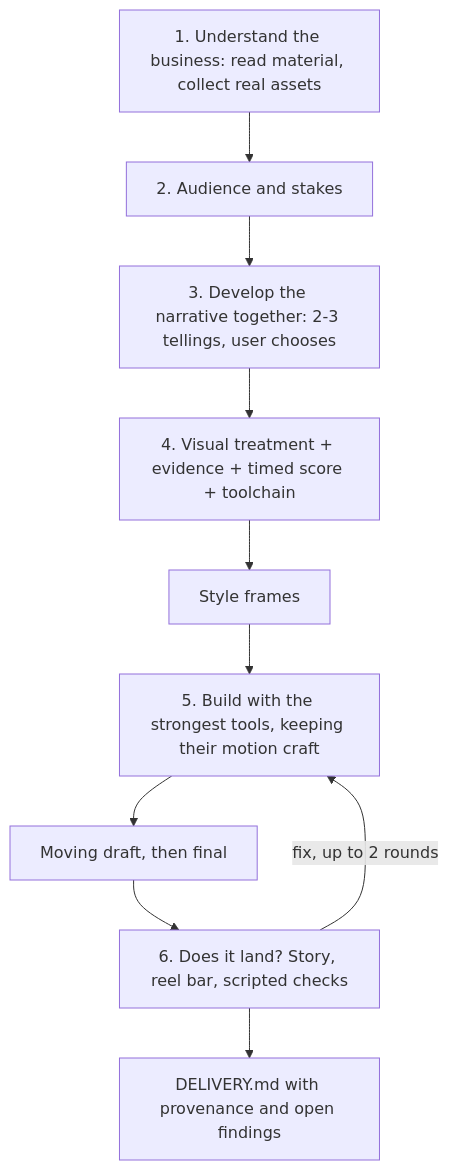
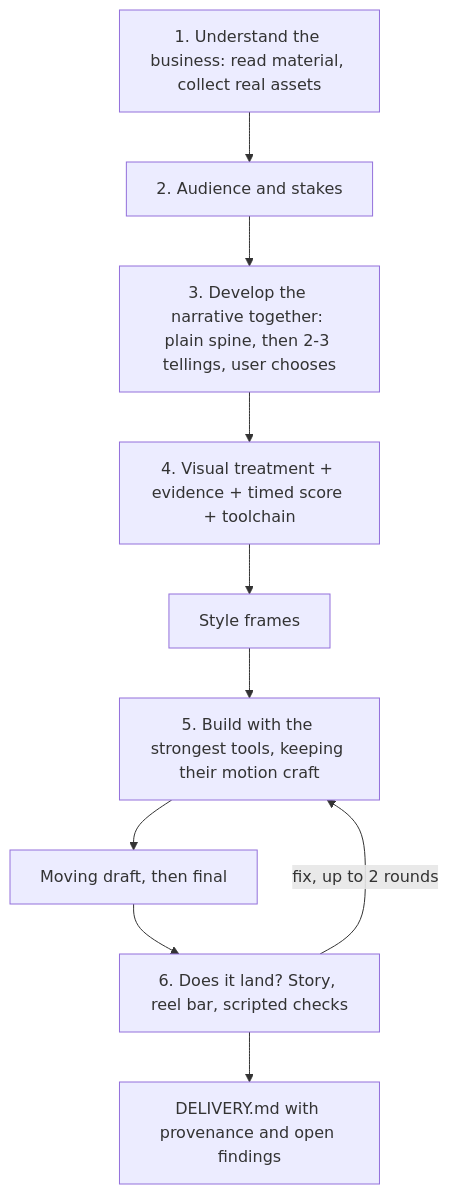
The diagram in README.md (b1rdmania/motion-design), drawn with Mermaid before and after one commit. The commit also changed 12 other files, not shown here.

````diff
--- a/README.md
+++ b/README.md
@@ -13,12 +13,12 @@
 ```mermaid
 flowchart TD
     A[1. Understand the business: read material, collect real assets] --> B[2. Audience and stakes]
-    B --> C[3. Develop the narrative together: 2-3 tellings, user chooses]
+    B --> C[3. Develop the narrative together: plain spine, then 2-3 tellings, user chooses]
     C --> D[4. Visual treatment + evidence + timed score + toolchain]
     D --> E[Style frames]
     E --> F[5. Build with the strongest tools, keeping their motion craft]
     F --> G[Moving draft, then final]
     G --> H[6. Does it land? Story, reel bar, scripted checks]
     H -- fix, up to 2 rounds --> F
     H --> I[DELIVERY.md with provenance and open findings]
 ```
````
